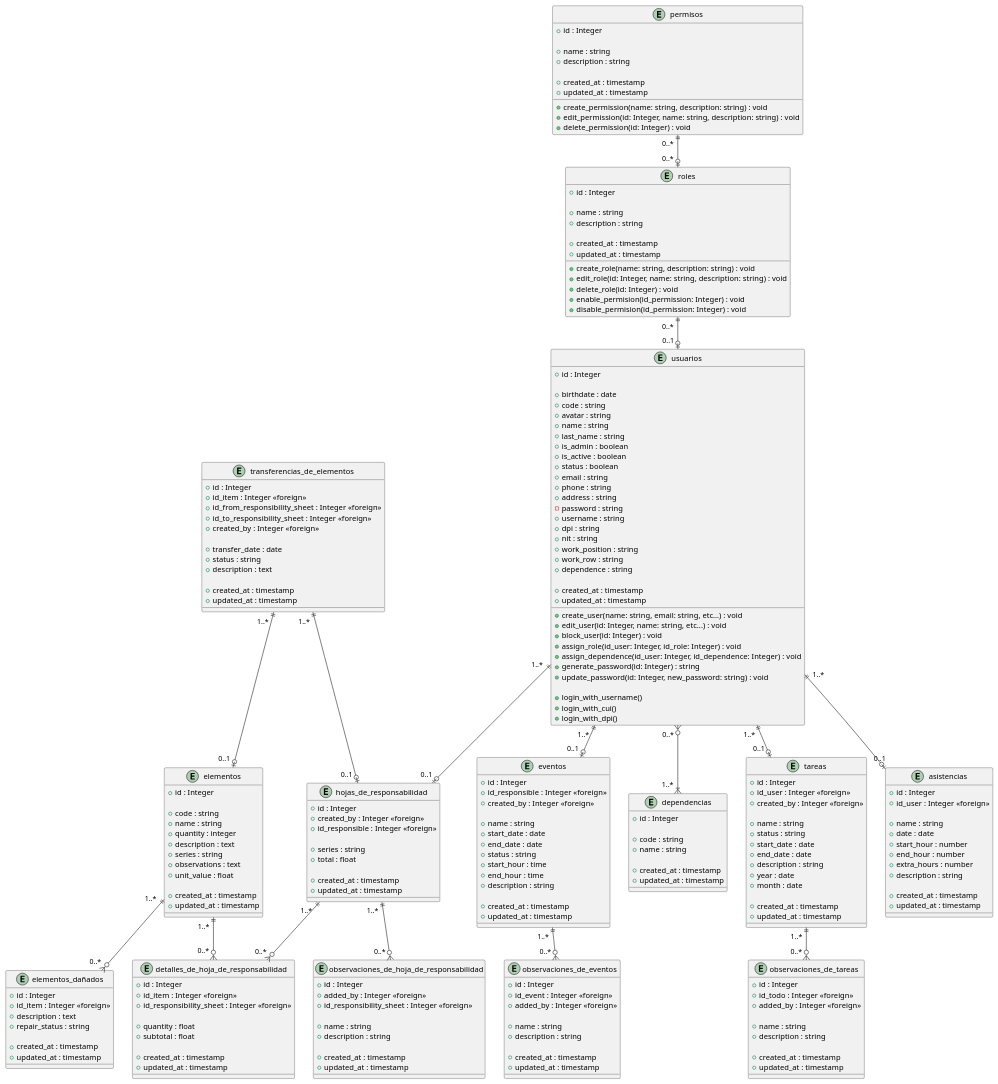
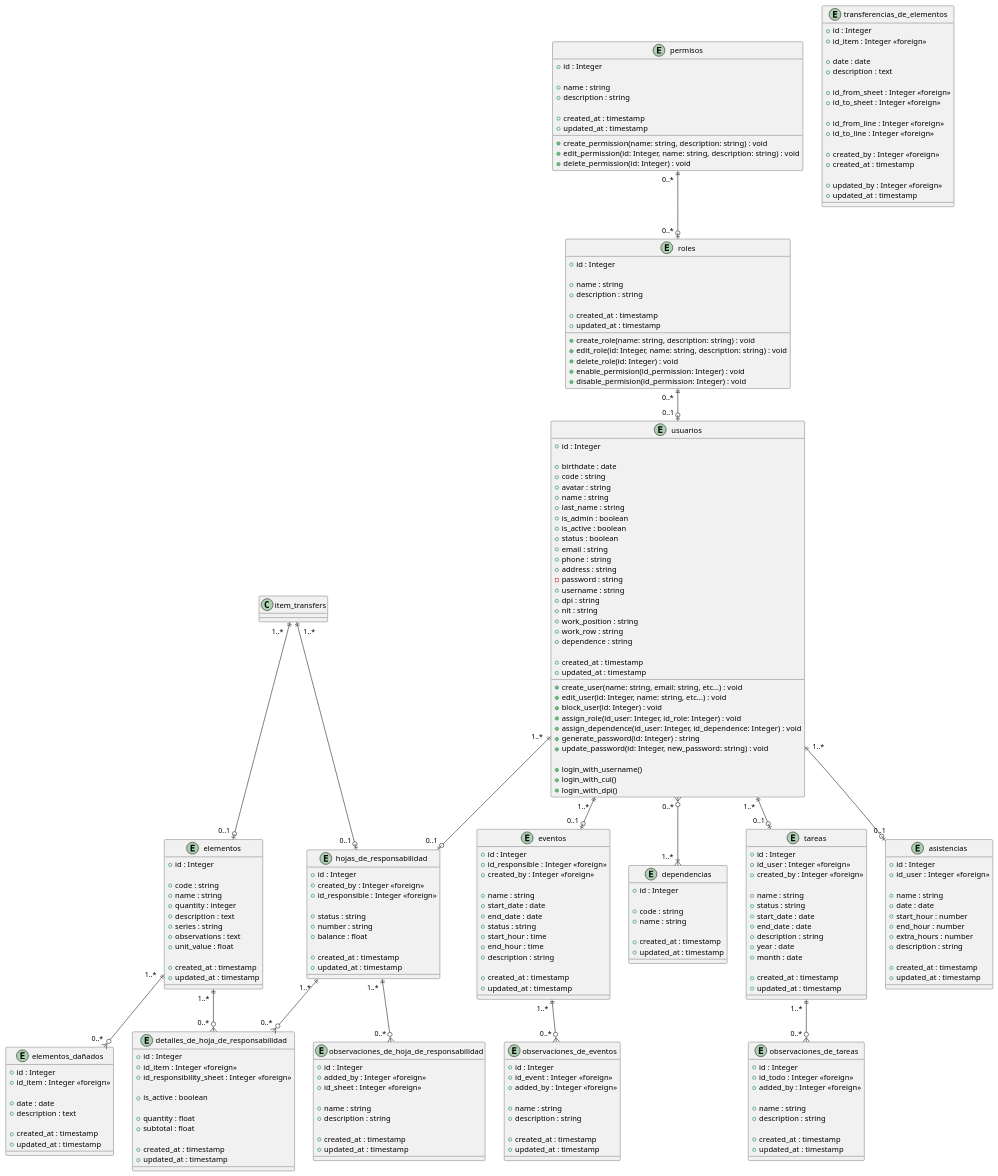
One commit to JuanVicGT/Responsabilidades changed the diagram in docs/Clases - Rev 1/DC 2 - Diagrama de clases.plantuml. Above: the diagram before and after it, drawn with PlantUML. The commit also changed 13 other files, not shown here.

```diff
--- a/docs/Clases - Rev 1/DC 2 - Diagrama de clases.plantuml
+++ b/docs/Clases - Rev 1/DC 2 - Diagrama de clases.plantuml
@@ -87,14 +87,72 @@
     +created_by : Integer <<foreign>>
     +id_responsible : Integer <<foreign>>
 
-    +series : string
-    +total : float
+    +status : string
+    +number : string
+    +balance : float
 
     +created_at : timestamp
     +updated_at : timestamp
 }
 
 /' === Débiles === '/
+entity line_responsibility_sheets as "detalles_de_hoja_de_responsabilidad" {
+    +id : Integer
+    +id_item : Integer <<foreign>>
+    +id_responsibility_sheet : Integer <<foreign>>
+
+    +is_active : boolean
+
+    +quantity : float
+    +subtotal : float
+
+    +created_at : timestamp
+    +updated_at : timestamp
+}
+
+entity transfer_responsibility_sheets as "transferencias_de_elementos" {
+    +id : Integer
+    +id_item : Integer <<foreign>>
+
+    +date : date
+    +description : text
+
+    +id_from_sheet : Integer <<foreign>>
+    +id_to_sheet : Integer <<foreign>>
+
+    +id_from_line : Integer <<foreign>>
+    +id_to_line : Integer <<foreign>>
+
+    +created_by : Integer <<foreign>>
+    +created_at : timestamp
+
+    +updated_by : Integer <<foreign>>
+    +updated_at : timestamp
+}
+
+entity damaged_items as "elementos_dañados" {
+    +id : Integer
+    +id_item : Integer <<foreign>>
+
+    +date : date
+    +description : text
+
+    +created_at : timestamp
+    +updated_at : timestamp
+}
+
+entity observation_responsibility_sheets as "observaciones_de_hoja_de_responsabilidad" {
+    +id : Integer
+    +added_by : Integer <<foreign>>
+    +id_sheet : Integer <<foreign>>
+
+    +name : string
+    +description : string
+
+    +created_at : timestamp
+    +updated_at : timestamp
+}
+
 entity todos as "tareas" {
     +id : Integer
     +id_user : Integer <<foreign>>
@@ -121,30 +179,6 @@
     +start_hour : number
     +end_hour : number
     +extra_hours : number
-    +description : string
-
-    +created_at : timestamp
-    +updated_at : timestamp
-}
-
-entity line_responsibility_sheets as "detalles_de_hoja_de_responsabilidad" {
-    +id : Integer
-    +id_item : Integer <<foreign>>
-    +id_responsibility_sheet : Integer <<foreign>>
-
-    +quantity : float
-    +subtotal : float
-
-    +created_at : timestamp
-    +updated_at : timestamp
-}
-
-entity observation_responsibility_sheets as "observaciones_de_hoja_de_responsabilidad" {
-    +id : Integer
-    +added_by : Integer <<foreign>>
-    +id_responsibility_sheet : Integer <<foreign>>
-
-    +name : string
     +description : string
 
     +created_at : timestamp
@@ -183,21 +217,6 @@
     +delete_permission(id: Integer) : void
 }
 
-entity item_transfers as "transferencias_de_elementos" {
-    +id : Integer
-    +id_item : Integer <<foreign>>
-    +id_from_responsibility_sheet : Integer <<foreign>>
-    +id_to_responsibility_sheet : Integer <<foreign>>
-    +created_by : Integer <<foreign>>
-
-    +transfer_date : date
-    +status : string
-    +description : text
-
-    +created_at : timestamp
-    +updated_at : timestamp
-}
-
 entity observation_events as "observaciones_de_eventos" {
     +id : Integer
     +id_event : Integer <<foreign>>
@@ -217,16 +236,6 @@
 
     +name : string
     +description : string
-
-    +created_at : timestamp
-    +updated_at : timestamp
-}
-
-entity damaged_items as "elementos_dañados" {
-    +id : Integer
-    +id_item : Integer <<foreign>>
-    +description : text
-    +repair_status : string
 
     +created_at : timestamp
     +updated_at : timestamp
```
